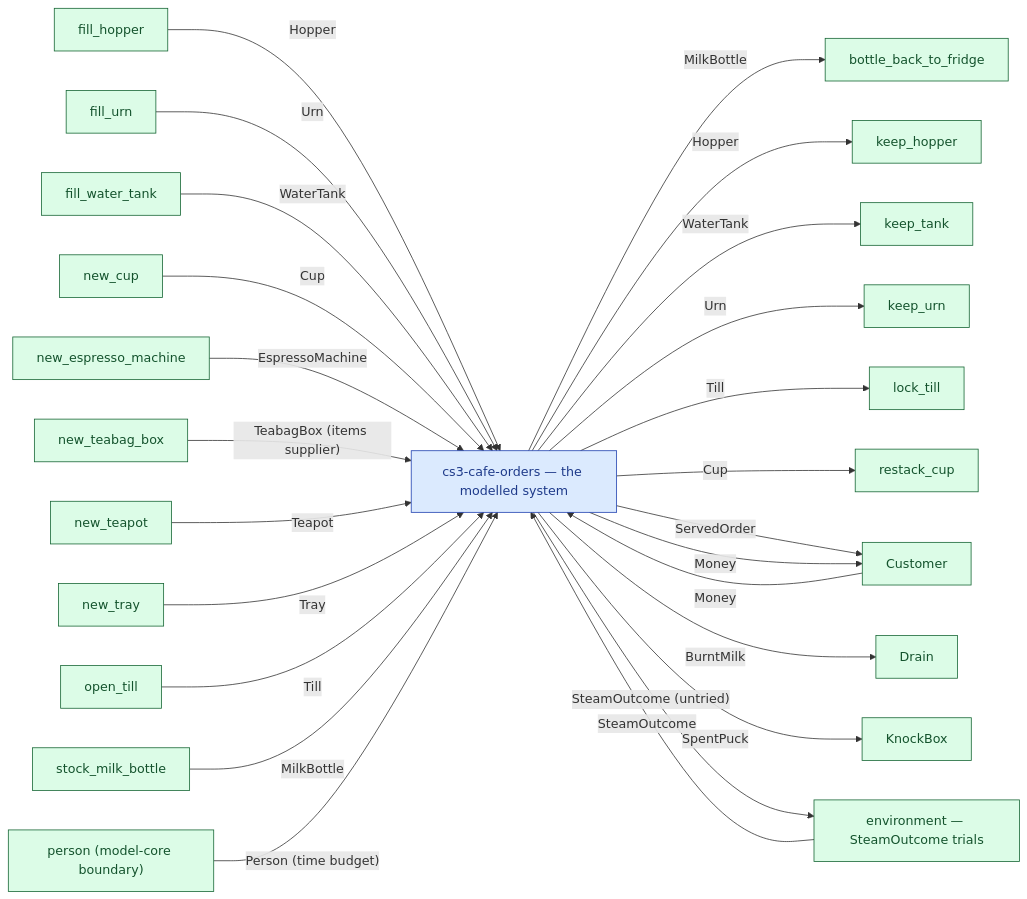
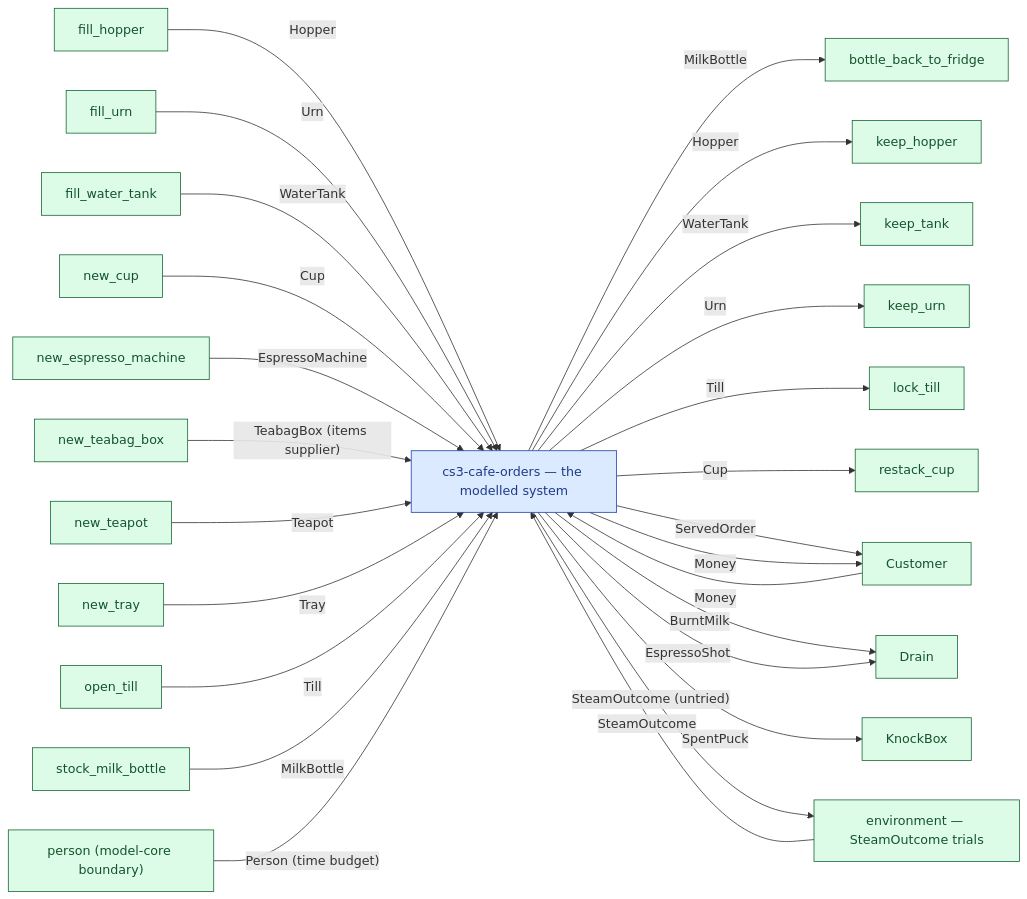
One commit to twalmsley/lavoisier changed the diagram in docs/diagrams/cs3-cafe-orders/context.md. Above: the diagram before and after it, drawn with Mermaid. The commit also changed other lines of this file and 9 other files, not shown here.

First line of the commit message:
CS-3 rework: the stranded shot exits via the Drain consumer as P8

````diff
--- a/docs/diagrams/cs3-cafe-orders/context.md
+++ b/docs/diagrams/cs3-cafe-orders/context.md
@@ -7,79 +7,80 @@
 ```mermaid
 flowchart LR
   classDef process fill:#dbeafe,stroke:#1e40af,color:#1e3a8a;
   classDef boundary fill:#dcfce7,stroke:#166534,color:#14532d;
   classDef sink fill:#fee2e2,stroke:#991b1b,color:#7f1d1d;
   classDef helper fill:#f3e8ff,stroke:#6b21a8,color:#581c87;
   classDef grouping fill:#ffedd5,stroke:#9a3412,color:#7c2d12;
   classDef flowio fill:#e2e8f0,stroke:#334155,color:#0f172a;
   classDef resource fill:#fef9c3,stroke:#854d0e,color:#713f12;
   classDef external fill:#dcfce7,stroke:#166534,color:#14532d;
   classDef system fill:#dbeafe,stroke:#1e40af,color:#1e3a8a;
   n_system["cs3-cafe-orders — the modelled system"]:::system
   n_exit_bottle_back_to_fridge["bottle_back_to_fridge"]:::external
   n_fill_hopper["fill_hopper"]:::external
   n_fill_urn["fill_urn"]:::external
   n_fill_water_tank["fill_water_tank"]:::external
   n_exit_keep_hopper["keep_hopper"]:::external
   n_exit_keep_tank["keep_tank"]:::external
   n_exit_keep_urn["keep_urn"]:::external
   n_exit_lock_till["lock_till"]:::external
   n_new_cup["new_cup"]:::external
   n_new_espresso_machine["new_espresso_machine"]:::external
   n_new_teabag_box["new_teabag_box"]:::external
   n_new_teapot["new_teapot"]:::external
   n_new_tray["new_tray"]:::external
   n_open_till["open_till"]:::external
   n_exit_restack_cup["restack_cup"]:::external
   n_stock_milk_bottle["stock_milk_bottle"]:::external
   n_Customer["Customer"]:::external
   n_Drain["Drain"]:::external
   n_KnockBox["KnockBox"]:::external
   n_env_SteamOutcome["environment — SteamOutcome trials"]:::external
   n_person["person (model-core boundary)"]:::external
   n_system -- "MilkBottle" --> n_exit_bottle_back_to_fridge
   n_fill_hopper -- "Hopper" --> n_system
   n_fill_urn -- "Urn" --> n_system
   n_fill_water_tank -- "WaterTank" --> n_system
   n_system -- "Hopper" --> n_exit_keep_hopper
   n_system -- "WaterTank" --> n_exit_keep_tank
   n_system -- "Urn" --> n_exit_keep_urn
   n_system -- "Till" --> n_exit_lock_till
   n_new_cup -- "Cup" --> n_system
   n_new_espresso_machine -- "EspressoMachine" --> n_system
   n_new_teabag_box -- "TeabagBox (items supplier)" --> n_system
   n_new_teapot -- "Teapot" --> n_system
   n_new_tray -- "Tray" --> n_system
   n_open_till -- "Till" --> n_system
   n_system -- "Cup" --> n_exit_restack_cup
   n_stock_milk_bottle -- "MilkBottle" --> n_system
   n_Customer -- "Money" --> n_system
   n_system -- "ServedOrder" --> n_Customer
   n_system -- "Money" --> n_Customer
   n_system -- "BurntMilk" --> n_Drain
+  n_system -- "EspressoShot" --> n_Drain
   n_system -- "SpentPuck" --> n_KnockBox
   n_env_SteamOutcome -- "SteamOutcome" --> n_system
   n_system -- "SteamOutcome (untried)" --> n_env_SteamOutcome
   n_person -- "Person (time budget)" --> n_system
   click n_system "https://github.com/twalmsley/lavoisier/blob/main/model/cs3-cafe-orders/src/lib.rs#L1" "model/cs3-cafe-orders/src/lib.rs"
-  click n_exit_bottle_back_to_fridge "https://github.com/twalmsley/lavoisier/blob/main/model/cs3-cafe-orders/src/resources.rs#L709" "model/cs3-cafe-orders/src/resources.rs"
-  click n_fill_hopper "https://github.com/twalmsley/lavoisier/blob/main/model/cs3-cafe-orders/src/resources.rs#L717" "model/cs3-cafe-orders/src/resources.rs"
-  click n_fill_urn "https://github.com/twalmsley/lavoisier/blob/main/model/cs3-cafe-orders/src/resources.rs#L746" "model/cs3-cafe-orders/src/resources.rs"
-  click n_fill_water_tank "https://github.com/twalmsley/lavoisier/blob/main/model/cs3-cafe-orders/src/resources.rs#L732" "model/cs3-cafe-orders/src/resources.rs"
-  click n_exit_keep_hopper "https://github.com/twalmsley/lavoisier/blob/main/model/cs3-cafe-orders/src/resources.rs#L724" "model/cs3-cafe-orders/src/resources.rs"
-  click n_exit_keep_tank "https://github.com/twalmsley/lavoisier/blob/main/model/cs3-cafe-orders/src/resources.rs#L739" "model/cs3-cafe-orders/src/resources.rs"
-  click n_exit_keep_urn "https://github.com/twalmsley/lavoisier/blob/main/model/cs3-cafe-orders/src/resources.rs#L753" "model/cs3-cafe-orders/src/resources.rs"
-  click n_exit_lock_till "https://github.com/twalmsley/lavoisier/blob/main/model/cs3-cafe-orders/src/resources.rs#L834" "model/cs3-cafe-orders/src/resources.rs"
-  click n_new_cup "https://github.com/twalmsley/lavoisier/blob/main/model/cs3-cafe-orders/src/resources.rs#L793" "model/cs3-cafe-orders/src/resources.rs"
-  click n_new_espresso_machine "https://github.com/twalmsley/lavoisier/blob/main/model/cs3-cafe-orders/src/resources.rs#L692" "model/cs3-cafe-orders/src/resources.rs"
-  click n_new_teabag_box "https://github.com/twalmsley/lavoisier/blob/main/model/cs3-cafe-orders/src/resources.rs#L761" "model/cs3-cafe-orders/src/resources.rs"
-  click n_new_teapot "https://github.com/twalmsley/lavoisier/blob/main/model/cs3-cafe-orders/src/resources.rs#L811" "model/cs3-cafe-orders/src/resources.rs"
-  click n_new_tray "https://github.com/twalmsley/lavoisier/blob/main/model/cs3-cafe-orders/src/resources.rs#L818" "model/cs3-cafe-orders/src/resources.rs"
-  click n_open_till "https://github.com/twalmsley/lavoisier/blob/main/model/cs3-cafe-orders/src/resources.rs#L826" "model/cs3-cafe-orders/src/resources.rs"
-  click n_exit_restack_cup "https://github.com/twalmsley/lavoisier/blob/main/model/cs3-cafe-orders/src/resources.rs#L802" "model/cs3-cafe-orders/src/resources.rs"
-  click n_stock_milk_bottle "https://github.com/twalmsley/lavoisier/blob/main/model/cs3-cafe-orders/src/resources.rs#L700" "model/cs3-cafe-orders/src/resources.rs"
-  click n_Customer "https://github.com/twalmsley/lavoisier/blob/main/model/cs3-cafe-orders/src/resources.rs#L595" "model/cs3-cafe-orders/src/resources.rs"
-  click n_Drain "https://github.com/twalmsley/lavoisier/blob/main/model/cs3-cafe-orders/src/resources.rs#L637" "model/cs3-cafe-orders/src/resources.rs"
-  click n_KnockBox "https://github.com/twalmsley/lavoisier/blob/main/model/cs3-cafe-orders/src/resources.rs#L661" "model/cs3-cafe-orders/src/resources.rs"
-  click n_env_SteamOutcome "https://github.com/twalmsley/lavoisier/blob/main/model/cs3-cafe-orders/src/resources.rs#L533" "model/cs3-cafe-orders/src/resources.rs"
+  click n_exit_bottle_back_to_fridge "https://github.com/twalmsley/lavoisier/blob/main/model/cs3-cafe-orders/src/resources.rs#L698" "model/cs3-cafe-orders/src/resources.rs"
+  click n_fill_hopper "https://github.com/twalmsley/lavoisier/blob/main/model/cs3-cafe-orders/src/resources.rs#L706" "model/cs3-cafe-orders/src/resources.rs"
+  click n_fill_urn "https://github.com/twalmsley/lavoisier/blob/main/model/cs3-cafe-orders/src/resources.rs#L735" "model/cs3-cafe-orders/src/resources.rs"
+  click n_fill_water_tank "https://github.com/twalmsley/lavoisier/blob/main/model/cs3-cafe-orders/src/resources.rs#L721" "model/cs3-cafe-orders/src/resources.rs"
+  click n_exit_keep_hopper "https://github.com/twalmsley/lavoisier/blob/main/model/cs3-cafe-orders/src/resources.rs#L713" "model/cs3-cafe-orders/src/resources.rs"
+  click n_exit_keep_tank "https://github.com/twalmsley/lavoisier/blob/main/model/cs3-cafe-orders/src/resources.rs#L728" "model/cs3-cafe-orders/src/resources.rs"
+  click n_exit_keep_urn "https://github.com/twalmsley/lavoisier/blob/main/model/cs3-cafe-orders/src/resources.rs#L742" "model/cs3-cafe-orders/src/resources.rs"
+  click n_exit_lock_till "https://github.com/twalmsley/lavoisier/blob/main/model/cs3-cafe-orders/src/resources.rs#L823" "model/cs3-cafe-orders/src/resources.rs"
+  click n_new_cup "https://github.com/twalmsley/lavoisier/blob/main/model/cs3-cafe-orders/src/resources.rs#L782" "model/cs3-cafe-orders/src/resources.rs"
+  click n_new_espresso_machine "https://github.com/twalmsley/lavoisier/blob/main/model/cs3-cafe-orders/src/resources.rs#L681" "model/cs3-cafe-orders/src/resources.rs"
+  click n_new_teabag_box "https://github.com/twalmsley/lavoisier/blob/main/model/cs3-cafe-orders/src/resources.rs#L750" "model/cs3-cafe-orders/src/resources.rs"
+  click n_new_teapot "https://github.com/twalmsley/lavoisier/blob/main/model/cs3-cafe-orders/src/resources.rs#L800" "model/cs3-cafe-orders/src/resources.rs"
+  click n_new_tray "https://github.com/twalmsley/lavoisier/blob/main/model/cs3-cafe-orders/src/resources.rs#L807" "model/cs3-cafe-orders/src/resources.rs"
+  click n_open_till "https://github.com/twalmsley/lavoisier/blob/main/model/cs3-cafe-orders/src/resources.rs#L815" "model/cs3-cafe-orders/src/resources.rs"
+  click n_exit_restack_cup "https://github.com/twalmsley/lavoisier/blob/main/model/cs3-cafe-orders/src/resources.rs#L791" "model/cs3-cafe-orders/src/resources.rs"
+  click n_stock_milk_bottle "https://github.com/twalmsley/lavoisier/blob/main/model/cs3-cafe-orders/src/resources.rs#L689" "model/cs3-cafe-orders/src/resources.rs"
+  click n_Customer "https://github.com/twalmsley/lavoisier/blob/main/model/cs3-cafe-orders/src/resources.rs#L572" "model/cs3-cafe-orders/src/resources.rs"
+  click n_Drain "https://github.com/twalmsley/lavoisier/blob/main/model/cs3-cafe-orders/src/resources.rs#L616" "model/cs3-cafe-orders/src/resources.rs"
+  click n_KnockBox "https://github.com/twalmsley/lavoisier/blob/main/model/cs3-cafe-orders/src/resources.rs#L650" "model/cs3-cafe-orders/src/resources.rs"
+  click n_env_SteamOutcome "https://github.com/twalmsley/lavoisier/blob/main/model/cs3-cafe-orders/src/resources.rs#L510" "model/cs3-cafe-orders/src/resources.rs"
 ```
````
